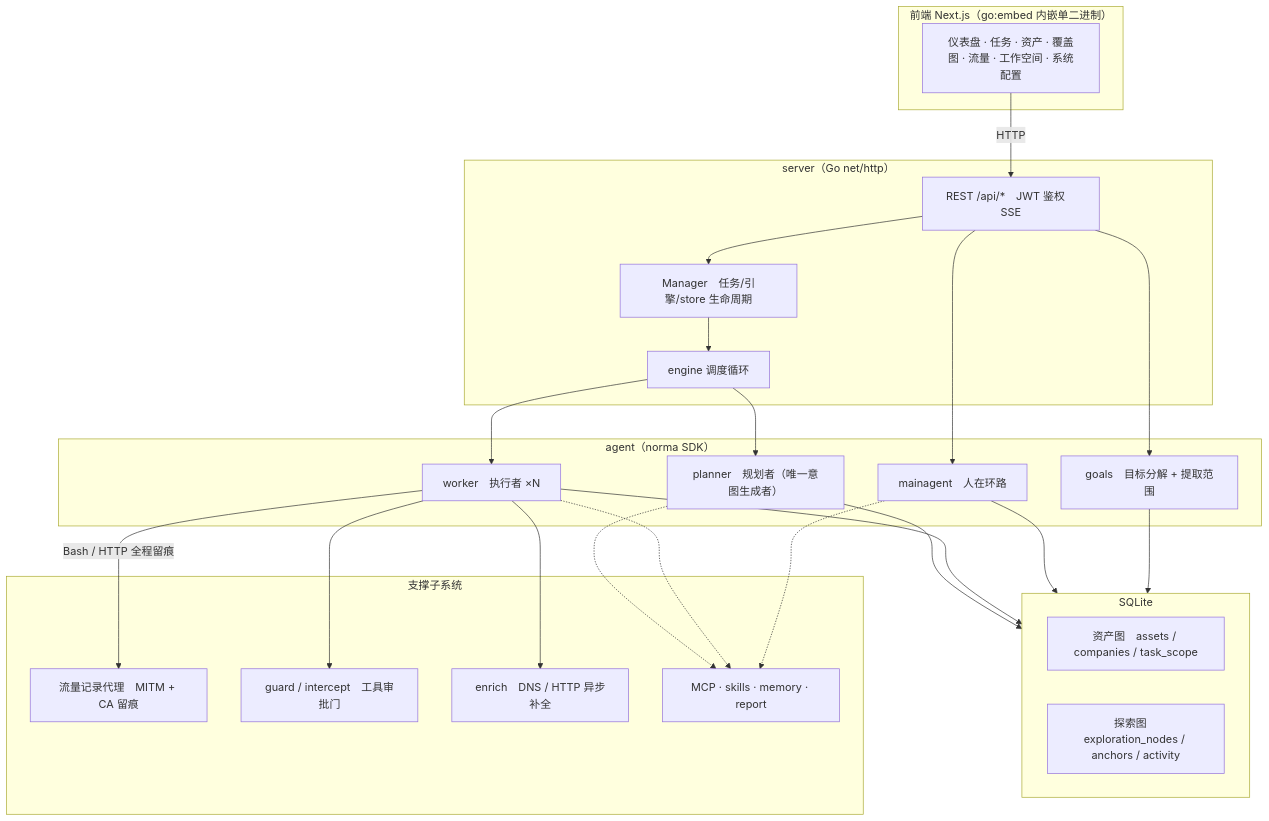
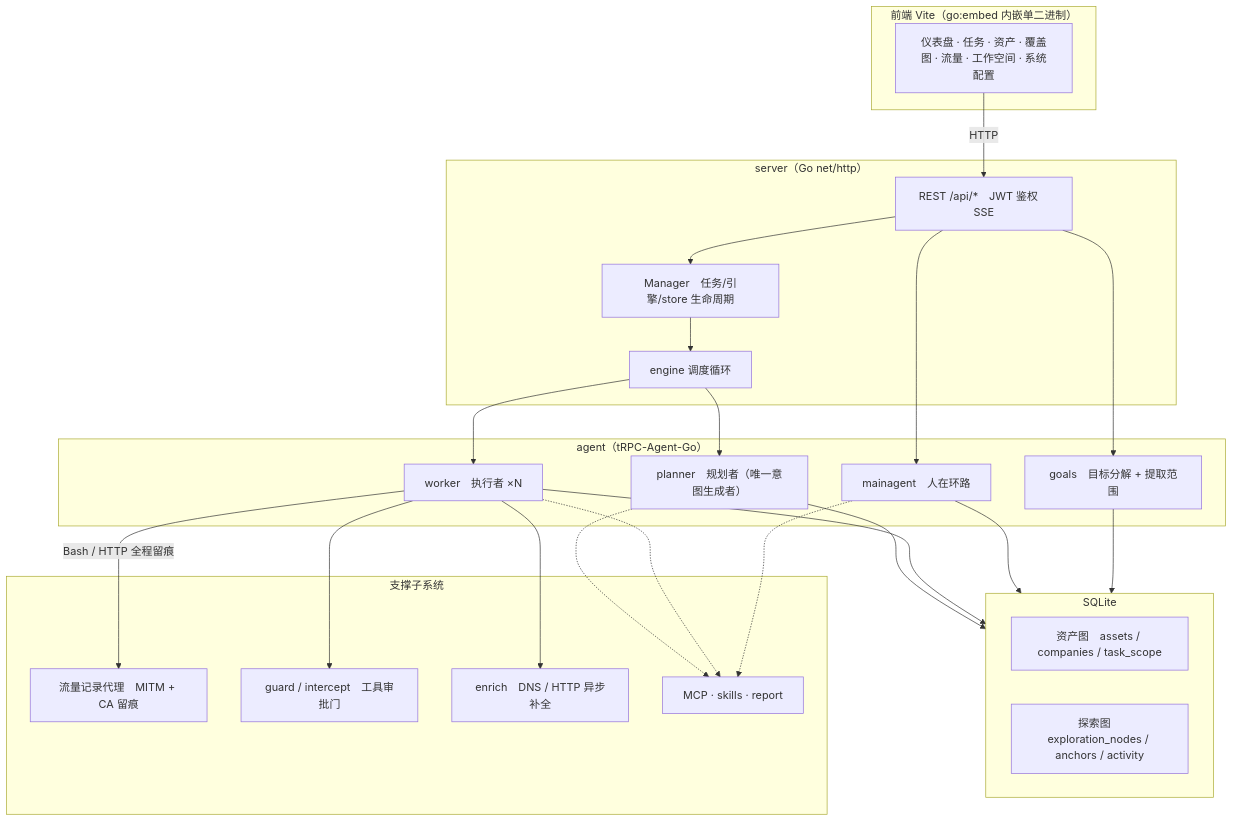
One commit to emhha/ScopeForge changed the first of 5 diagrams in README.md. Above: the diagram before and after it, drawn with Mermaid. The commit also changed other lines of this file and 3 other files, not shown here.

````diff
--- a/README.md
+++ b/README.md
@@ -248,44 +210,44 @@
 ```mermaid
 flowchart TB
-  subgraph FE["前端 Next.js（go:embed 内嵌单二进制）"]
+  subgraph FE["前端 Vite（go:embed 内嵌单二进制）"]
     UI["仪表盘 · 任务 · 资产 · 覆盖图 · 流量 · 工作空间 · 系统配置"]
   end
   subgraph SRV["server（Go net/http）"]
     API["REST /api/*　JWT 鉴权　SSE"]
     ENG["engine 调度循环"]
     MGR["Manager　任务/引擎/store 生命周期"]
   end
-  subgraph AG["agent（norma SDK）"]
+  subgraph AG["agent（tRPC-Agent-Go）"]
     GO["goals　目标分解 + 提取范围"]
     PL["planner　规划者（唯一意图生成者）"]
     WK["worker　执行者 ×N"]
     MA["mainagent　人在环路"]
   end
   subgraph DB["SQLite"]
     AGRAPH["资产图　assets / companies / task_scope"]
     EGRAPH["探索图　exploration_nodes / anchors / activity"]
   end
   subgraph SUB["支撑子系统"]
     PROXY["流量记录代理　MITM + CA 留痕"]
     GUARD["guard / intercept　工具审批门"]
     ENR["enrich　DNS / HTTP 异步补全"]
-    EXT["MCP · skills · memory · report"]
+    EXT["MCP · skills · report"]
   end
 
   UI -->|HTTP| API
   API --> MGR --> ENG
   ENG --> PL
   ENG --> WK
   API --> MA
   API --> GO
   PL --> DB
   WK --> DB
   MA --> DB
   GO --> DB
   WK -->|"Bash / HTTP 全程留痕"| PROXY
   WK --> GUARD
   WK --> ENR
   PL -.-> EXT
   WK -.-> EXT
   MA -.-> EXT
 ```
````
